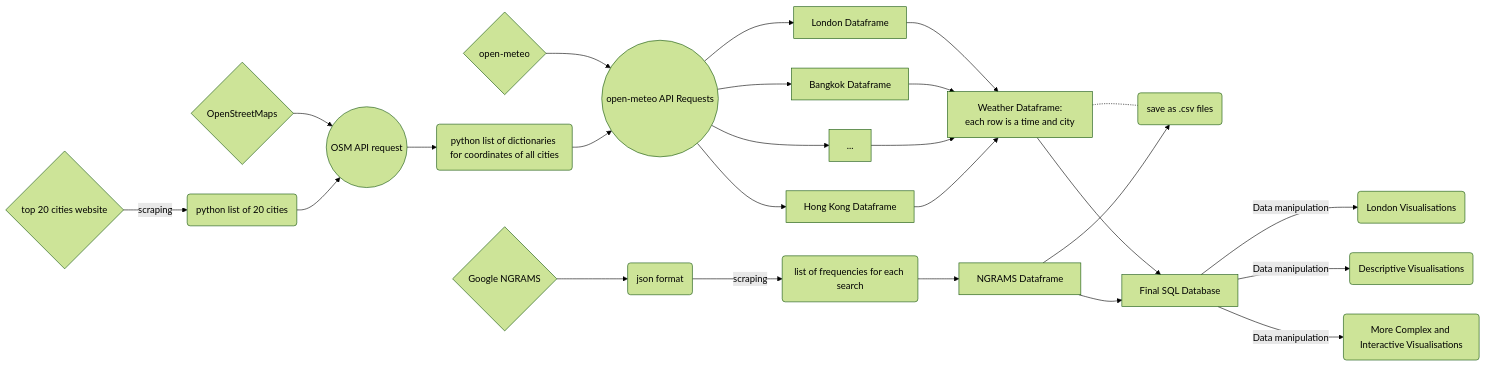
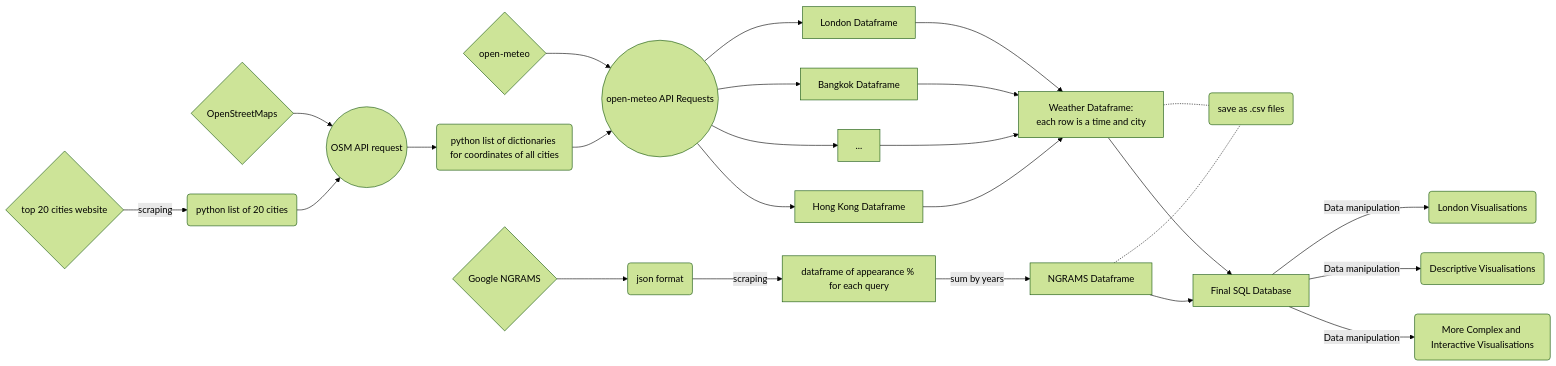
One commit to lse-ds105/ds105w-project-rubber-ducks changed the diagram in presentation/mermaid.md. Above: the diagram before and after it, drawn with Mermaid (forest theme).

````diff
--- a/presentation/mermaid.md
+++ b/presentation/mermaid.md
@@ -1,27 +1,27 @@
 ``` mermaid
 flowchart LR
     A{open-meteo} --> L((open-meteo API Requests))
     L --> B[London Dataframe]
     L --> C[Bangkok Dataframe]
     L --> D[ ... ]
     L --> E[Hong Kong Dataframe]
     G{top 20 cities website} -->|scraping| H(python list of 20 cities)
     I{OpenStreetMaps} --> J((OSM API request))
     H --> J
     J --> K(python list of dictionaries for coordinates of all cities)
     K --> L
     B --> M[Weather Dataframe:<br>each row is a time and city]
     C --> M
     D --> M
     E --> M
     M -.- F(save as .csv files)
     N{Google NGRAMS} --> S(json format)
-    S -->|scraping| T(list of frequencies for each search)
-    T --> U[NGRAMS Dataframe]
-    U --> F
+    S -->|scraping| T[dataframe of appearance % for each query]
+    T --> |sum by years| U[NGRAMS Dataframe]
+    U -.- F
     M --> V[Final SQL Database]
     U --> V
     V -->|Data manipulation| O(London Visualisations)
     V -->|Data manipulation| Q(Descriptive Visualisations)
     V -->|Data manipulation| R(More Complex and Interactive Visualisations)
 ```
````
